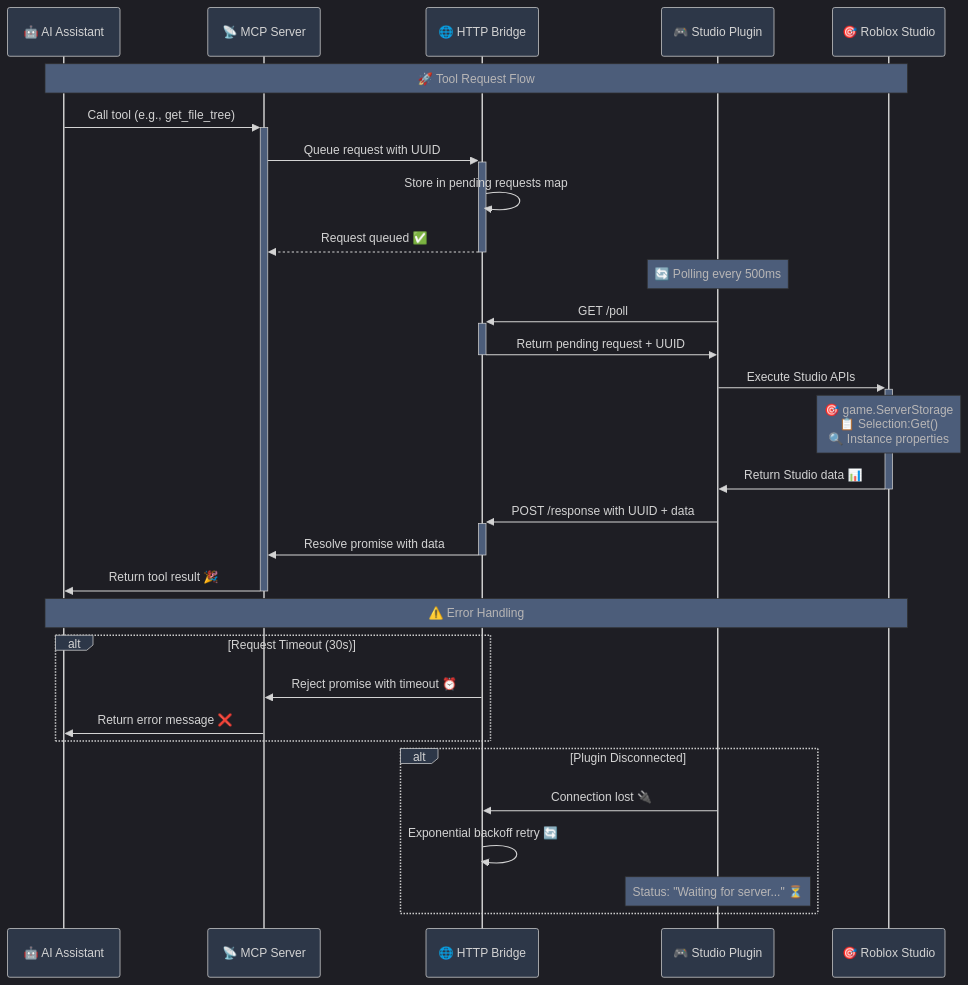
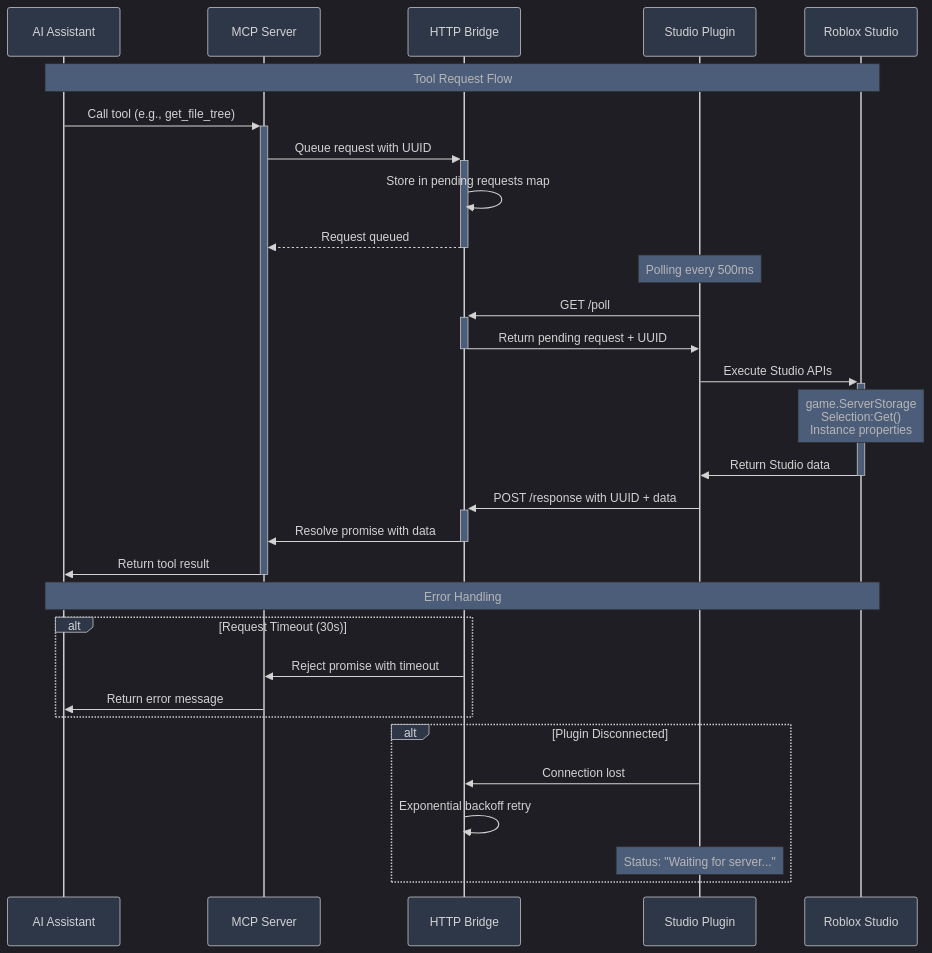
One commit to GJayLG/robloxstudio-mcp changed the second of 2 diagrams in README.md. Above: the diagram before and after it, drawn with Mermaid. The commit also changed other lines of this file and 1 other file, not shown here.

First line of the commit message:
Remove emojis and improve plugin safety

````diff
--- a/README.md
+++ b/README.md
@@ -202,41 +195,41 @@
 ```mermaid
 %%{init: {'theme':'dark', 'themeVariables': {'primaryColor':'#2d3748', 'primaryTextColor':'#ffffff', 'primaryBorderColor':'#4a5568', 'lineColor':'#10b981', 'sectionBkgColor':'#1a202c', 'altSectionBkgColor':'#2d3748', 'gridColor':'#4a5568', 'secondaryColor':'#3b82f6', 'tertiaryColor':'#8b5cf6', 'background':'#1a202c', 'mainBkg':'#2d3748', 'secondBkg':'#374151', 'tertiaryColor':'#6366f1'}}}%%
 sequenceDiagram
-    participant AI as 🤖 AI Assistant
-    participant MCP as 📡 MCP Server  
-    participant HTTP as 🌐 HTTP Bridge
-    participant PLUGIN as 🎮 Studio Plugin
-    participant STUDIO as 🎯 Roblox Studio
+    participant AI as AI Assistant
+    participant MCP as MCP Server  
+    participant HTTP as HTTP Bridge
+    participant PLUGIN as Studio Plugin
+    participant STUDIO as Roblox Studio
     
-    Note over AI,STUDIO: 🚀 Tool Request Flow
+    Note over AI,STUDIO: Tool Request Flow
     
     AI->>+MCP: Call tool (e.g., get_file_tree)
     MCP->>+HTTP: Queue request with UUID
     HTTP->>HTTP: Store in pending requests map
-    HTTP-->>-MCP: Request queued ✅
+    HTTP-->>-MCP: Request queued
     
-    Note over PLUGIN: 🔄 Polling every 500ms
+    Note over PLUGIN: Polling every 500ms
     PLUGIN->>+HTTP: GET /poll
     HTTP->>-PLUGIN: Return pending request + UUID
     
     PLUGIN->>+STUDIO: Execute Studio APIs
-    Note over STUDIO: 🎯 game.ServerStorage<br/>📋 Selection:Get()<br/>🔍 Instance properties
-    STUDIO->>-PLUGIN: Return Studio data 📊
+    Note over STUDIO: game.ServerStorage<br/>Selection:Get()<br/>Instance properties
+    STUDIO->>-PLUGIN: Return Studio data
     
     PLUGIN->>+HTTP: POST /response with UUID + data
     HTTP->>-MCP: Resolve promise with data
-    MCP->>-AI: Return tool result 🎉
+    MCP->>-AI: Return tool result
     
-    Note over AI,STUDIO: ⚠️ Error Handling
+    Note over AI,STUDIO: Error Handling
     
     alt Request Timeout (30s)
-        HTTP->>MCP: Reject promise with timeout ⏰
-        MCP->>AI: Return error message ❌
+        HTTP->>MCP: Reject promise with timeout
+        MCP->>AI: Return error message
     end
     
     alt Plugin Disconnected
-        PLUGIN->>HTTP: Connection lost 🔌
-        HTTP->>HTTP: Exponential backoff retry 🔄
-        Note over PLUGIN: Status: "Waiting for server..." ⏳
+        PLUGIN->>HTTP: Connection lost
+        HTTP->>HTTP: Exponential backoff retry
+        Note over PLUGIN: Status: "Waiting for server..."
     end
 ```
````
